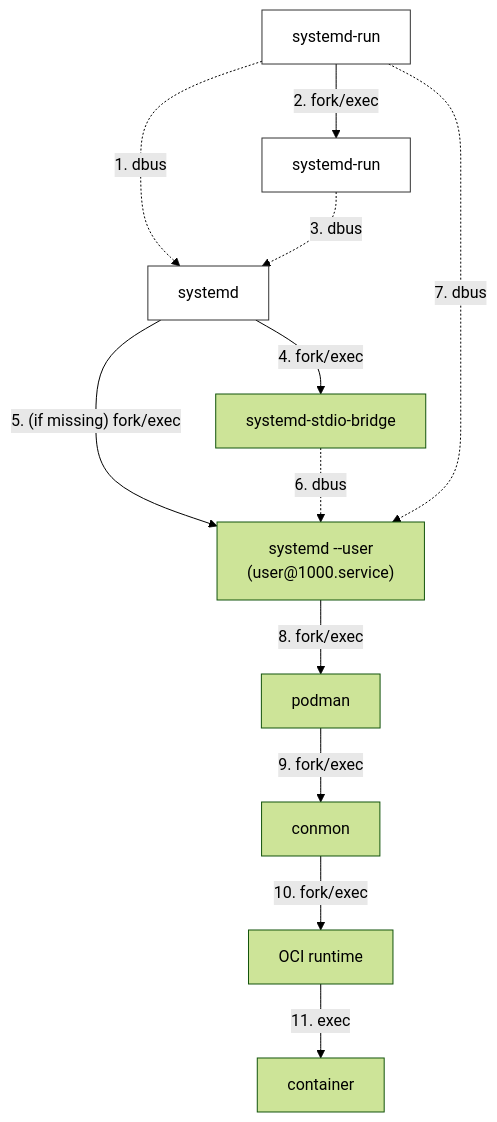
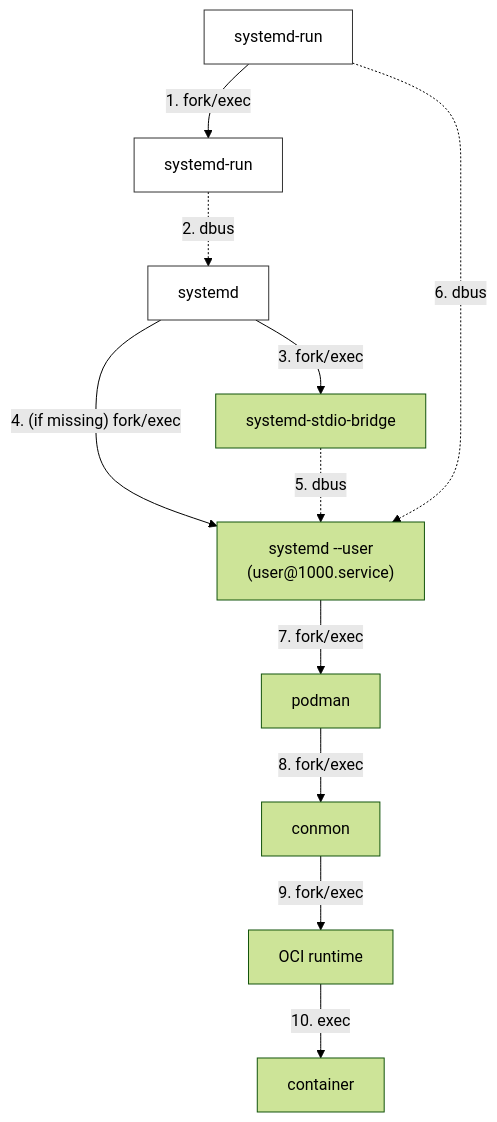
One commit to eriksjolund/podman-systemd-run-docs changed the second of 2 diagrams in README.md. Above: the diagram before and after it, drawn with Mermaid (forest theme). The commit also changed other lines of this file, not shown here.

Commit message:
Improve --machine diagram and steps description

````diff
--- a/README.md
+++ b/README.md
@@ -92,18 +92,17 @@
 ``` mermaid
 graph TB
 
-    a1[systemd-run] -.->|1. dbus| a2[systemd]
-    a1 -->|"2. fork/exec"| a3[systemd-run]
-    a3 -.->|"3. dbus"| a2
-    a2 -->|"4. fork/exec"| a5[systemd-stdio-bridge]    
-    a2 -->|"5. (if missing) fork/exec"| a4["systemd --user<br>(user@1000.service)"]
-    a5 -.->|"6. dbus"| a4
-    a1 -.->|"7. dbus"| a4
-    a4 -->|8. fork/exec| a6[podman]
-    a6 -->|9. fork/exec| a7[conmon]
-    a7 -->|10. fork/exec| a8[OCI runtime]
-    a8 -->|11. exec| a9[container]
+    a1[systemd-run] -->|"1. fork/exec"| a2[systemd-run]
+    a2 -.->|"2. dbus"| a3[systemd]
+    a3 -->|"3. fork/exec"| a4[systemd-stdio-bridge]    
+    a3 -->|"4. (if missing) fork/exec"| a5["systemd --user<br>(user@1000.service)"]
+    a4 -.->|"5. dbus"| a5
+    a1 -.->|"6. dbus"| a5
+    a5 -->|7. fork/exec| a6[podman]
+    a6 -->|8. fork/exec| a7[conmon]
+    a7 -->|9. fork/exec| a8[OCI runtime]
+    a8 -->|10. exec| a9[container]
 
     classDef white fill:#fff,stroke:#333;
     class a1,a2,a3 white;
 ```
````
